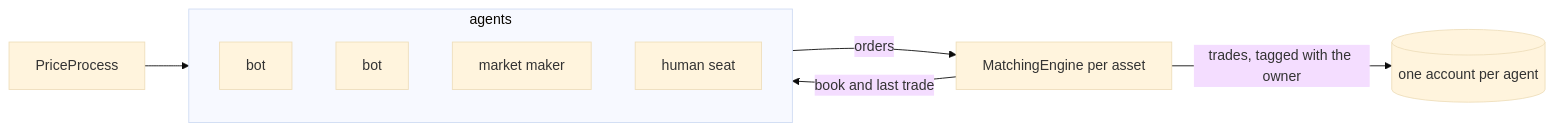
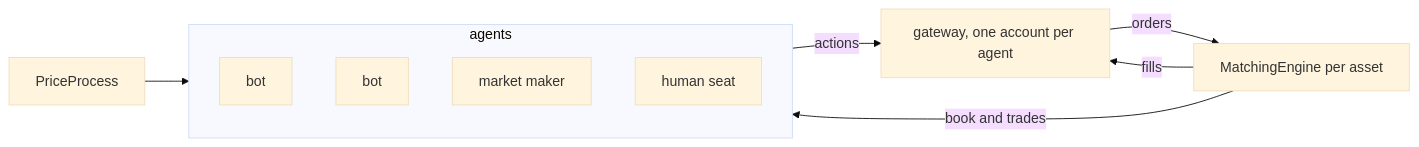
The diagram in docs/architecture/future/agents-and-human-seat.md (GuillaumeLaurin/MarketMakingSimulator), drawn with Mermaid (base theme) before and after one commit. The commit also changed other lines of this file and 137 other files, not shown here.

Commit message:
feat(agents): add the agents module and make the engine multi-agent (#21)

````diff
--- a/docs/architecture/future/agents-and-human-seat.md
+++ b/docs/architecture/future/agents-and-human-seat.md
@@ -20,13 +31,14 @@
 ```mermaid
 flowchart LR
     subgraph agents
         b1[bot]
         b2[bot]
         mm[market maker]
         h[human seat]
     end
-    agents -->|orders| engine[MatchingEngine per asset]
-    engine -->|trades, tagged with the owner| accounts[(one account per agent)]
+    agents -->|actions| gate[gateway, one account per agent]
+    gate -->|orders| engine[MatchingEngine per asset]
+    engine -->|fills| gate
     prices[PriceProcess] --> agents
-    engine -->|book and last trade| agents
+    engine -->|book and trades| agents
 ```
````
